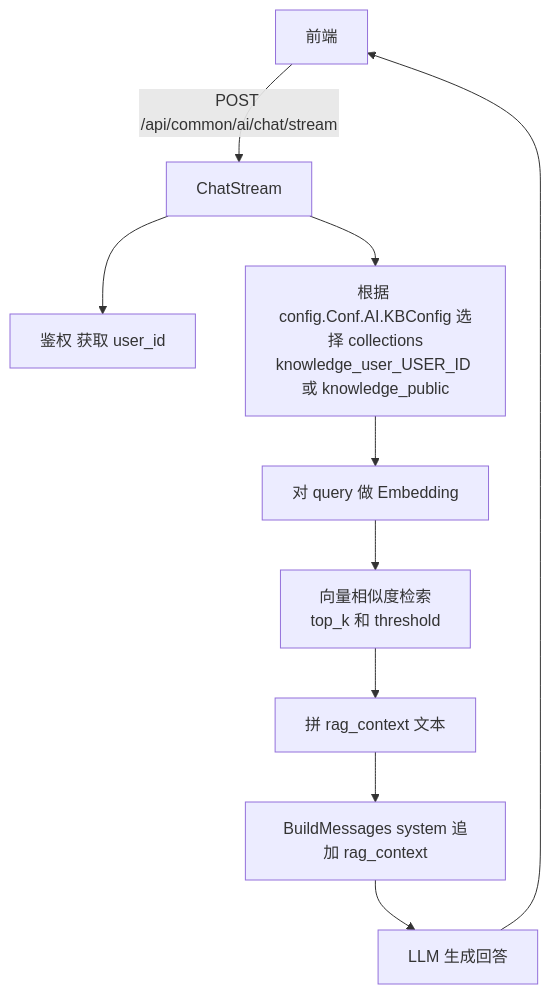
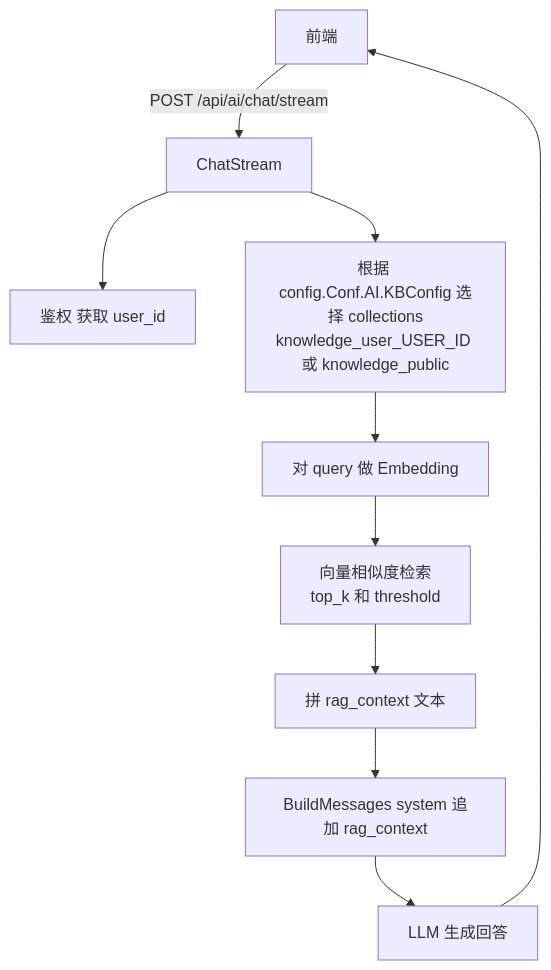
Before and after one commit to Goblin-Master/nurture: the fifth of 6 diagrams in docs/mermaid.md, drawn with Mermaid. The commit also changed other lines of this file and 10 other files, not shown here.

Commit message:
refactor: remove common api group

````diff
--- a/docs/mermaid.md
+++ b/docs/mermaid.md
@@ -79,12 +79,12 @@
 ```mermaid
 flowchart TD
-  FE[前端] -->|POST /api/common/ai/chat/stream| API[ChatStream]
+  FE[前端] -->|POST /api/ai/chat/stream| API[ChatStream]
   API --> AUTH[鉴权 获取 user_id]
   API --> COL["根据 config.Conf.AI.KBConfig 选择 collections<br/>knowledge_user_USER_ID 或 knowledge_public"]
   COL --> QEMB[对 query 做 Embedding]
   QEMB --> SEARCH["向量相似度检索<br/>top_k 和 threshold"]
   SEARCH --> CTX[拼 rag_context 文本]
   CTX --> MSG[BuildMessages system 追加 rag_context]
   MSG --> LLM[LLM 生成回答]
   LLM --> FE
 ```
````
